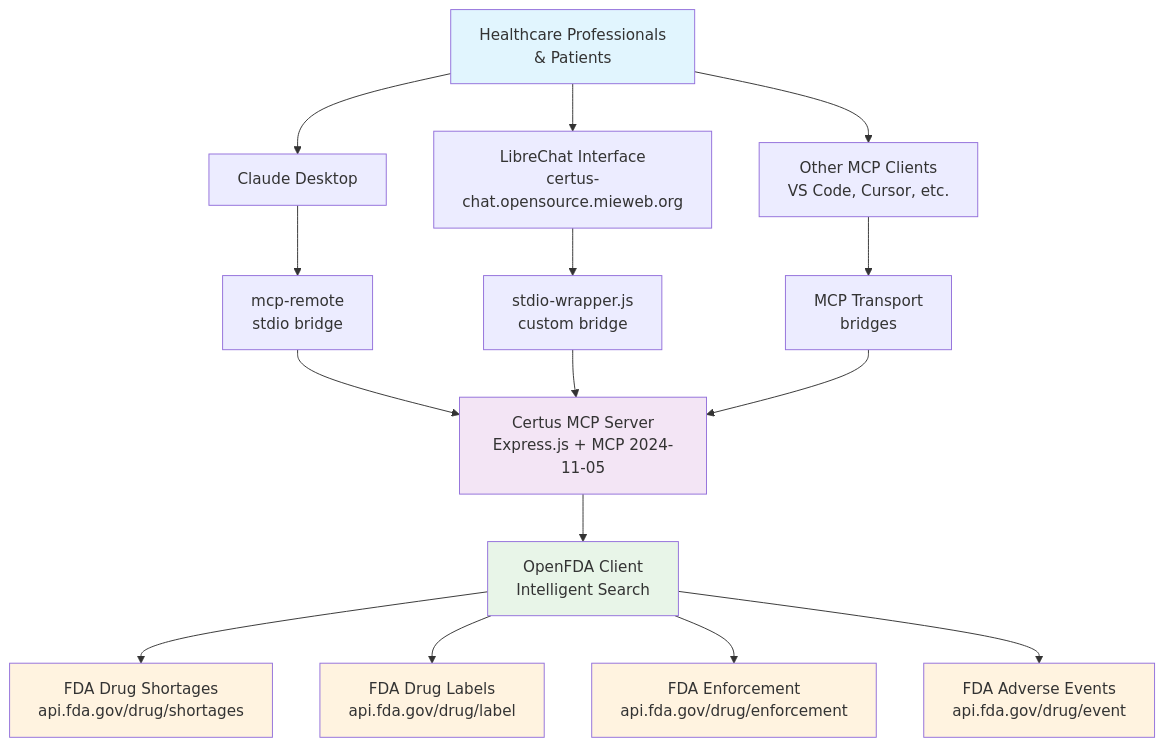
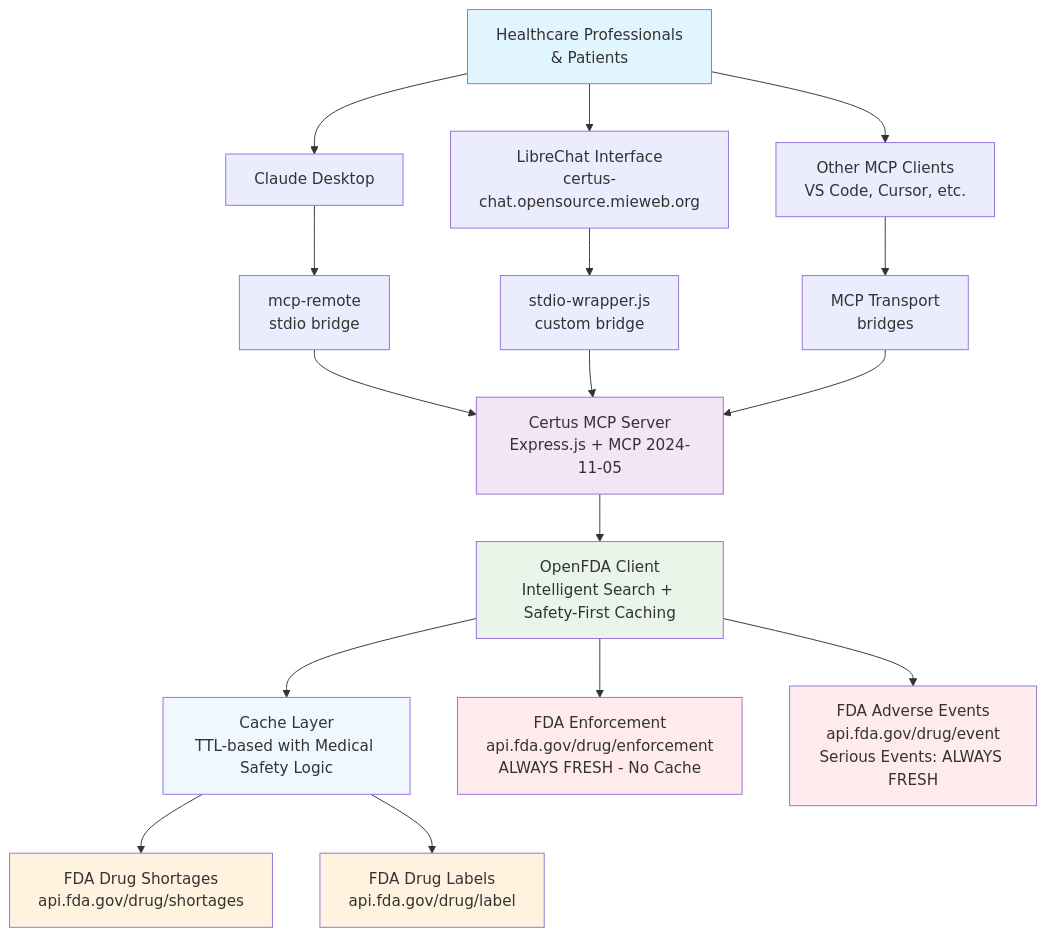
The diagram in README.md (zesty-genius128/Certus_server), drawn with Mermaid before and after one commit.

Commit message:
Update architecture diagram with cache layer details
Enhanced the architecture diagram in README.md to include a cache layer with TTL-based and medical safety logic. Clarified which FDA endpoints are cached and which always fetch fresh data, improving documentation of data flow and safety considerations.

````diff
--- a/README.md
+++ b/README.md
@@ -242,28 +242,30 @@
 ```mermaid
 graph TB
     Users[Healthcare Professionals<br/>& Patients] --> Claude[Claude Desktop]
     Users --> LibreChat[LibreChat Interface<br/>certus-chat.opensource.mieweb.org]
     Users --> Other[Other MCP Clients<br/>VS Code, Cursor, etc.]
     
     Claude --> Bridge1[mcp-remote<br/>stdio bridge]
     LibreChat --> Bridge2[stdio-wrapper.js<br/>custom bridge]
     Other --> Bridge3[MCP Transport<br/>bridges]
     
     Bridge1 --> Server[Certus MCP Server<br/>Express.js + MCP 2024-11-05]
     Bridge2 --> Server
     Bridge3 --> Server
     
-    Server --> Client[OpenFDA Client<br/>Intelligent Search]
-    Client --> FDA1[FDA Drug Shortages<br/>api.fda.gov/drug/shortages]
-    Client --> FDA2[FDA Drug Labels<br/>api.fda.gov/drug/label]
-    Client --> FDA3[FDA Enforcement<br/>api.fda.gov/drug/enforcement]
-    Client --> FDA4[FDA Adverse Events<br/>api.fda.gov/drug/event]
+    Server --> Client[OpenFDA Client<br/>Intelligent Search + Safety-First Caching]
+    Client --> Cache[Cache Layer<br/>TTL-based with Medical Safety Logic]
+    Cache --> FDA1[FDA Drug Shortages<br/>api.fda.gov/drug/shortages]
+    Cache --> FDA2[FDA Drug Labels<br/>api.fda.gov/drug/label]
+    Client --> FDA3[FDA Enforcement<br/>api.fda.gov/drug/enforcement<br/>ALWAYS FRESH - No Cache]
+    Client --> FDA4[FDA Adverse Events<br/>api.fda.gov/drug/event<br/>Serious Events: ALWAYS FRESH]
     
     style Users fill:#e1f5fe
     style Server fill:#f3e5f5
     style Client fill:#e8f5e8
+    style Cache fill:#f0f8ff
     style FDA1 fill:#fff3e0
     style FDA2 fill:#fff3e0
-    style FDA3 fill:#fff3e0
-    style FDA4 fill:#fff3e0
+    style FDA3 fill:#ffebee
+    style FDA4 fill:#ffebee
 ```
````
